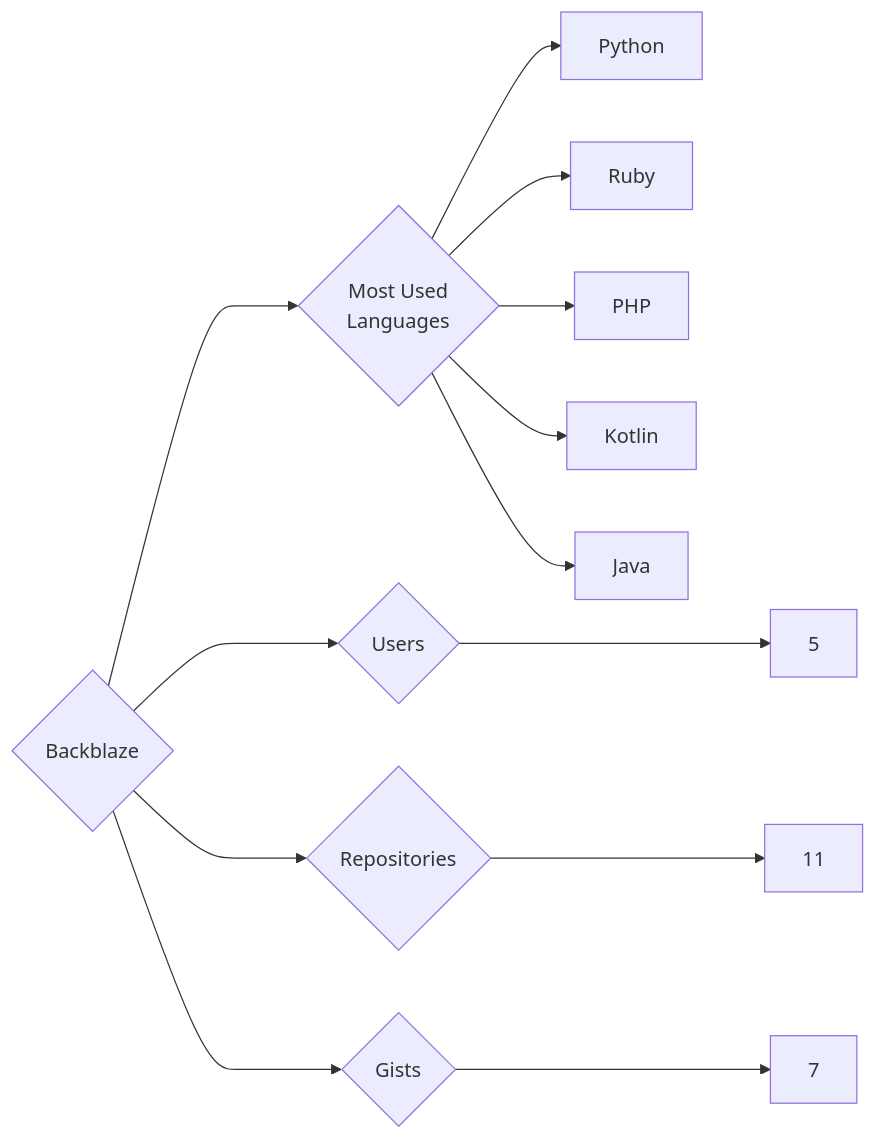
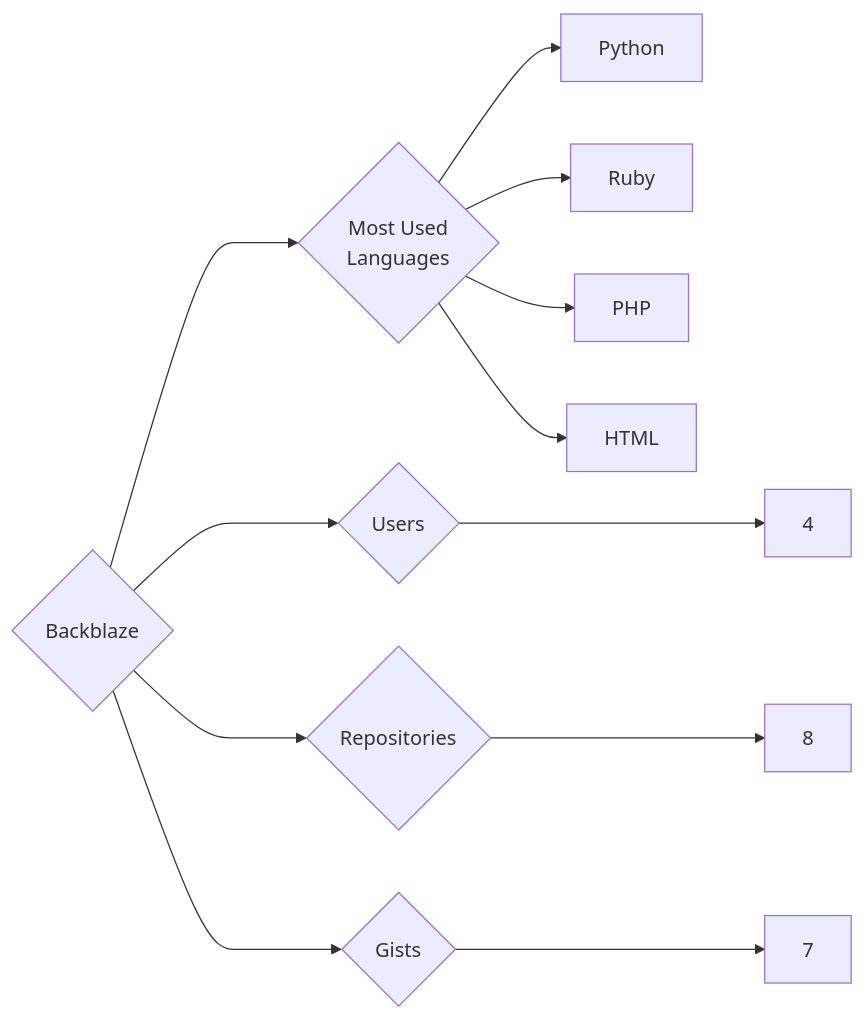
One commit to trickest/insiders changed the diagram in targets/Backblaze/README.md. Above: the diagram before and after it, drawn with Mermaid. The commit also changed 938 other files, not shown here.

````diff
--- a/targets/Backblaze/README.md
+++ b/targets/Backblaze/README.md
@@ -3,13 +3,12 @@
 ```mermaid
 graph LR
 COMPANY_NAME{Backblaze}
-COMPANY_NAME ---> U{Users} ---> UN[5]
-COMPANY_NAME ---> R{Repositories} ---> RN[11]
+COMPANY_NAME ---> U{Users} ---> UN[4]
+COMPANY_NAME ---> R{Repositories} ---> RN[8]
 COMPANY_NAME ---> G{Gists} ---> GN[7]
 COMPANY_NAME ---> ML{Most Used<br>Languages}
 ML --> Python[Python]
 ML --> Ruby[Ruby]
 ML --> PHP[PHP]
-ML --> Kotlin[Kotlin]
-ML --> Java[Java]
+ML --> HTML[HTML]
 ```
````
